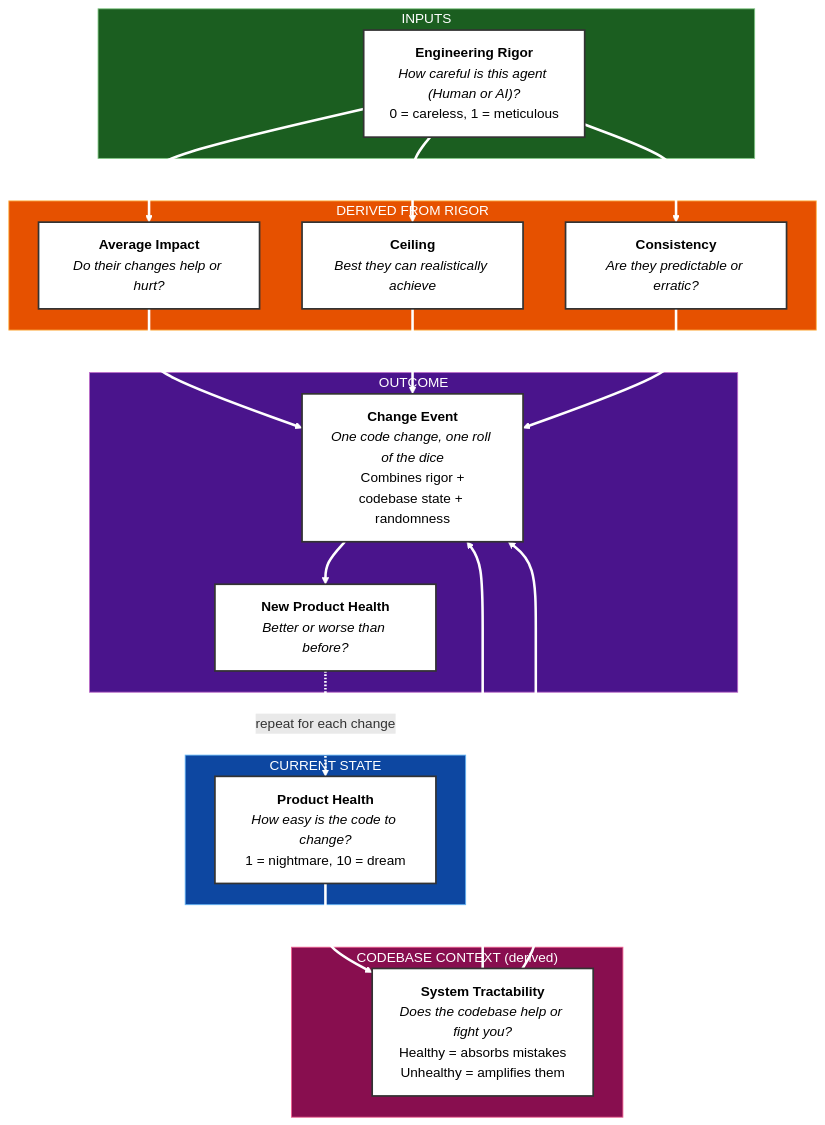
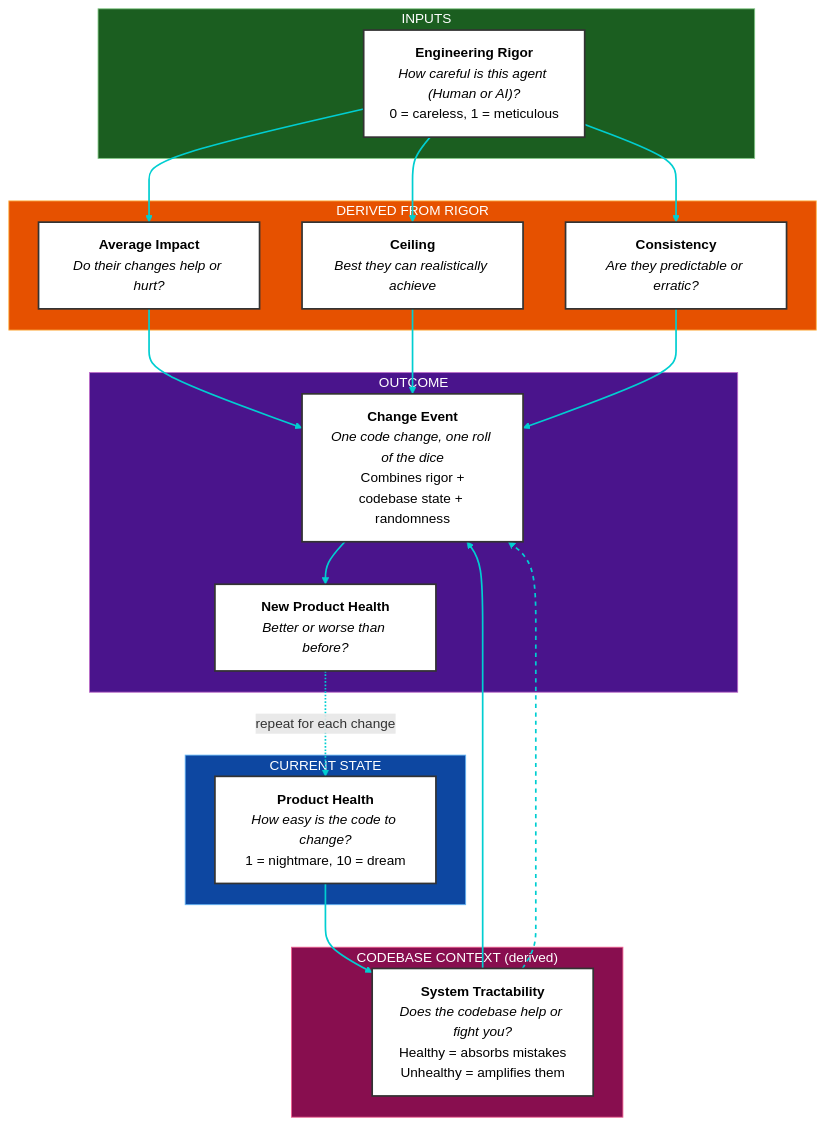
One commit to dawid-dahl-umain/product-health-dynamics changed the diagram in model.mermaid. Above: the diagram before and after it, drawn with Mermaid.

Commit message:
docs: refine mermaid diagram arrow styling for better visibility and introduce feedback loop representation

```diff
--- a/model.mermaid
+++ b/model.mermaid
@@ -1,44 +1,46 @@
 flowchart TD
     subgraph inputs ["INPUTS"]
         ER["<b>Engineering Rigor</b><br/><i>How careful is this agent (Human or AI)?</i><br/>0 = careless, 1 = meticulous"]
     end
 
     subgraph state ["CURRENT STATE"]
         PH["<b>Product Health</b><br/><i>How easy is the code to change?</i><br/>1 = nightmare, 10 = dream"]
     end
 
     subgraph traits ["DERIVED FROM RIGOR"]
         BI["<b>Average Impact</b><br/><i>Do their changes help or hurt?</i>"]
         BS["<b>Consistency</b><br/><i>Are they predictable or erratic?</i>"]
         MH["<b>Ceiling</b><br/><i>Best they can realistically achieve</i>"]
     end
 
     subgraph context ["CODEBASE CONTEXT (derived)"]
         SS["<b>System Tractability</b><br/><i>Does the codebase help or fight you?</i><br/>Healthy = absorbs mistakes<br/>Unhealthy = amplifies them"]
     end
 
     subgraph outcome ["OUTCOME"]
         CE["<b>Change Event</b><br/><i>One code change, one roll of the dice</i><br/>Combines rigor +<br/>codebase state + randomness"]
         NPH["<b>New Product Health</b><br/><i>Better or worse than before?</i>"]
     end
 
     ER --> BI & BS & MH
     PH --> SS
     BI & SS & MH --> CE
     BS & SS --> CE
     CE --> NPH
     NPH -.->|"repeat for each change"| PH
 
     %% Darker backgrounds for better contrast with white text
     style inputs fill:#1b5e20,stroke:#81c784,color:#fff
     style state fill:#0d47a1,stroke:#64b5f6,color:#fff
     style traits fill:#e65100,stroke:#ffb74d,color:#fff
     style context fill:#880e4f,stroke:#f06292,color:#fff
     style outcome fill:#4a148c,stroke:#ba68c8,color:#fff
 
     %% Explicitly style nodes for clarity
     classDef nodeStyle fill:#fff,stroke:#333,color:#000,stroke-width:2px
     class ER,PH,BI,BS,MH,SS,CE,NPH nodeStyle
 
-    %% Make arrows visible with high contrast
-    linkStyle default stroke:#fff,stroke-width:3px
+    %% High-contrast arrows (cyan) to distinguish from white/black text
+    linkStyle default stroke:#00ced1,stroke-width:2px
+    %% Feedback loop styling
+    linkStyle 8 stroke:#00ced1,stroke-width:2px,stroke-dasharray: 5 5,color:#00ced1
```
